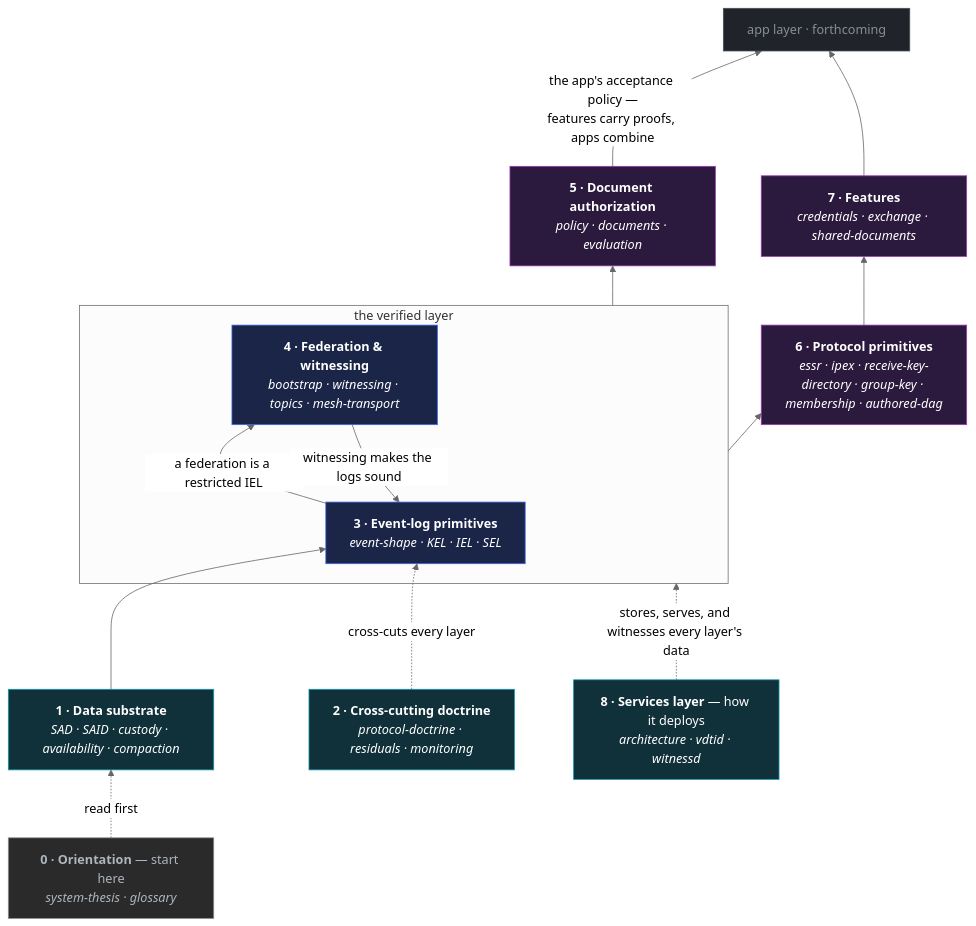
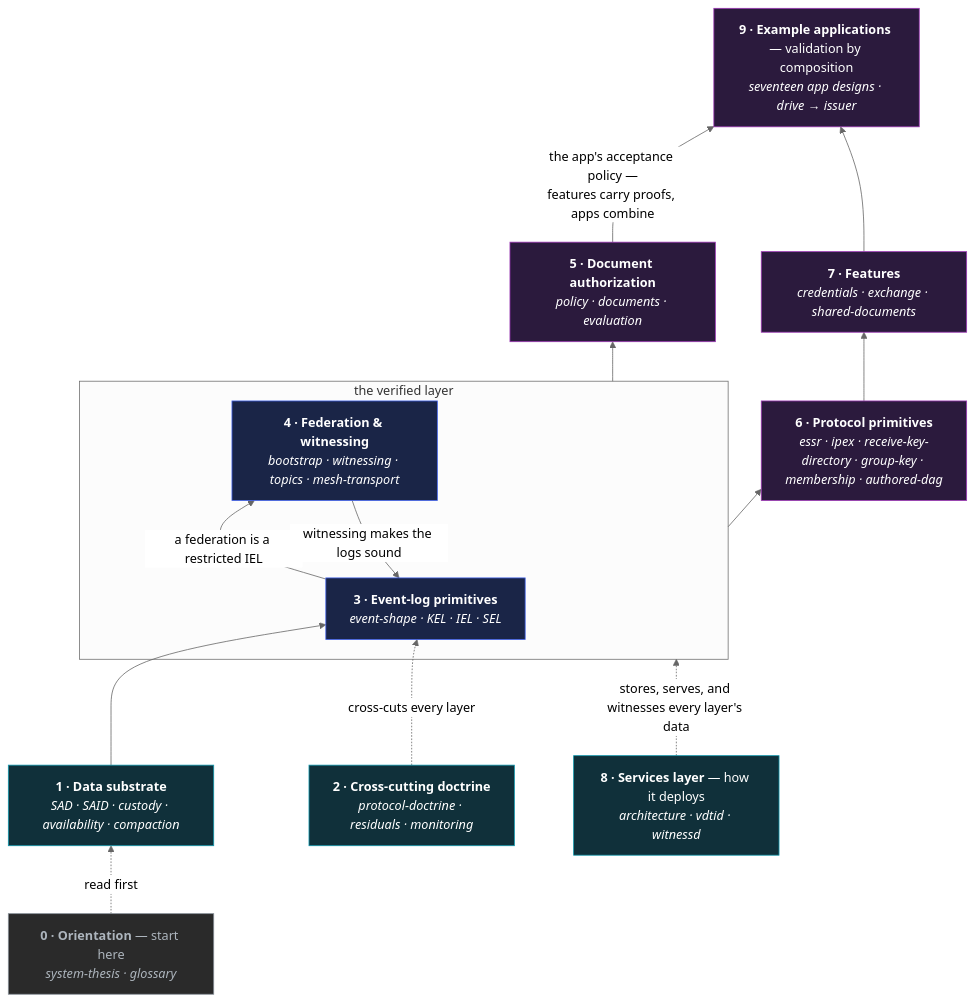
One commit to jasoncolburne/vdti changed the diagram in docs/design/README.md. Above: the diagram before and after it, drawn with Mermaid (neutral theme). The commit also changed other lines of this file and 8 other files, not shown here.

Commit message:
VDTI-34: crd() leaf, issuer app

````diff
--- a/docs/design/README.md
+++ b/docs/design/README.md
@@ -58,33 +58,33 @@
 ```mermaid
 flowchart BT
   L0["<b>0 · Orientation</b> — start here<br/><i>system-thesis · glossary</i>"]:::orient
   L1["<b>1 · Data substrate</b><br/><i>SAD · SAID · custody · availability · compaction</i>"]:::found
   L2["<b>2 · Cross-cutting doctrine</b><br/><i>protocol-doctrine · residuals · monitoring</i>"]:::found
   subgraph verified["the verified layer"]
     L3["<b>3 · Event-log primitives</b><br/><i>event-shape · KEL · IEL · SEL</i>"]:::core
     L4["<b>4 · Federation &amp; witnessing</b><br/><i>bootstrap · witnessing · topics · mesh-transport</i>"]:::core
   end
   L5["<b>5 · Document authorization</b><br/><i>policy · documents · evaluation</i>"]:::compose
   L6["<b>6 · Protocol primitives</b><br/><i>essr · ipex · receive-key-directory · group-key · membership · authored-dag</i>"]:::compose
   L7["<b>7 · Features</b><br/><i>credentials · exchange · shared-documents</i>"]:::compose
-  L8["app layer · forthcoming"]:::future
+  L8["<b>9 · Example applications</b> — validation by composition<br/><i>seventeen app designs · drive → issuer</i>"]:::compose
 
   L0 -.->|read first| L1
   L1 --> L3
   L2 -.->|cross-cuts every layer| L3
   L4 -->|witnessing makes the logs sound| L3
   L3 -->|a federation is a restricted IEL| L4
   verified --> L5
   verified --> L6
   L6 --> L7
   L5 -->|"the app's acceptance policy —<br/>features carry proofs, apps combine"| L8
   L7 --> L8
   LS["<b>8 · Services layer</b> — how it deploys<br/><i>architecture · vdtid · witnessd</i>"]:::found
   LS -.->|"stores, serves, and witnesses every layer's data"| verified
 
   classDef orient fill:#2a2a2a,stroke:#868e96,color:#adb5bd
   classDef found fill:#10303a,stroke:#1098ad,color:#fff
   classDef core fill:#1a2547,stroke:#4263eb,color:#fff
   classDef compose fill:#2b1a3d,stroke:#9c36b5,color:#fff
   classDef future fill:#20242a,stroke:#495057,color:#868e96
 ```
````
